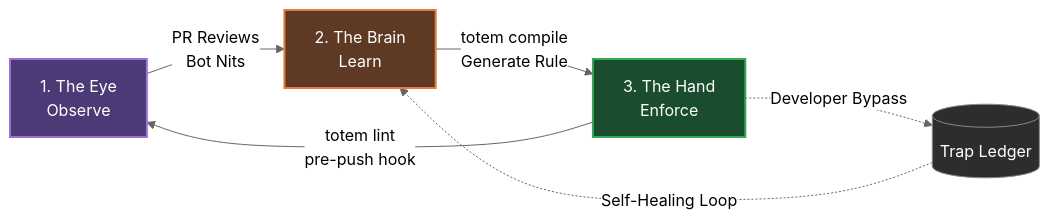
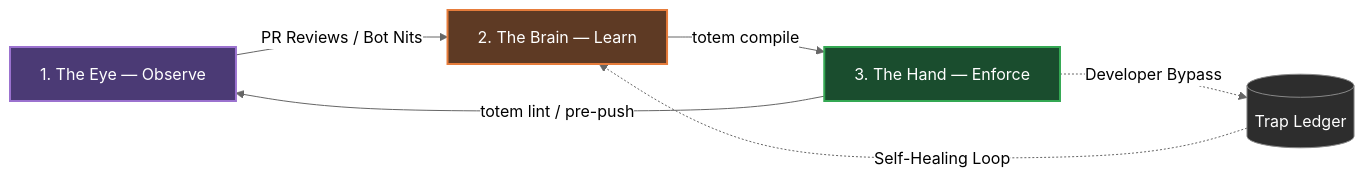
The diagram in README.md (mmnto-ai/totem), drawn with Mermaid (neutral theme) before and after one commit. The commit also changed other lines of this file and 42 other files, not shown here.

````diff
--- a/README.md
+++ b/README.md
@@ -21,20 +21,19 @@
 ```mermaid
 graph LR
-    %% Styles
     classDef observe fill:#4b3a75,stroke:#9b72cf,stroke-width:2px,color:#fff
     classDef learn fill:#5e3a24,stroke:#e67c3b,stroke-width:2px,color:#fff
     classDef enforce fill:#1a4d2e,stroke:#34a853,stroke-width:2px,color:#fff
     classDef core fill:#2d2d2d,stroke:#888,stroke-width:1px,color:#fff
 
-    Observe[1. The Eye <br> Observe]:::observe
-    Learn[2. The Brain <br> Learn]:::learn
-    Enforce[3. The Hand <br> Enforce]:::enforce
-    Ledger[(Trap Ledger)]:::core
+    Observe["1. The Eye — Observe"]:::observe
+    Learn["2. The Brain — Learn"]:::learn
+    Enforce["3. The Hand — Enforce"]:::enforce
+    Ledger[("Trap Ledger")]:::core
 
-    Observe -->|PR Reviews<br/>Bot Nits| Learn
-    Learn -->|totem compile<br/>Generate Rule| Enforce
-    Enforce -->|totem lint<br/>pre-push hook| Observe
+    Observe -->|"PR Reviews / Bot Nits"| Learn
+    Learn -->|"totem compile"| Enforce
+    Enforce -->|"totem lint / pre-push"| Observe
 
-    Enforce -.->|Developer Bypass| Ledger
-    Ledger -.->|Self-Healing Loop| Learn
+    Enforce -.->|"Developer Bypass"| Ledger
+    Ledger -.->|"Self-Healing Loop"| Learn
 ```
````
